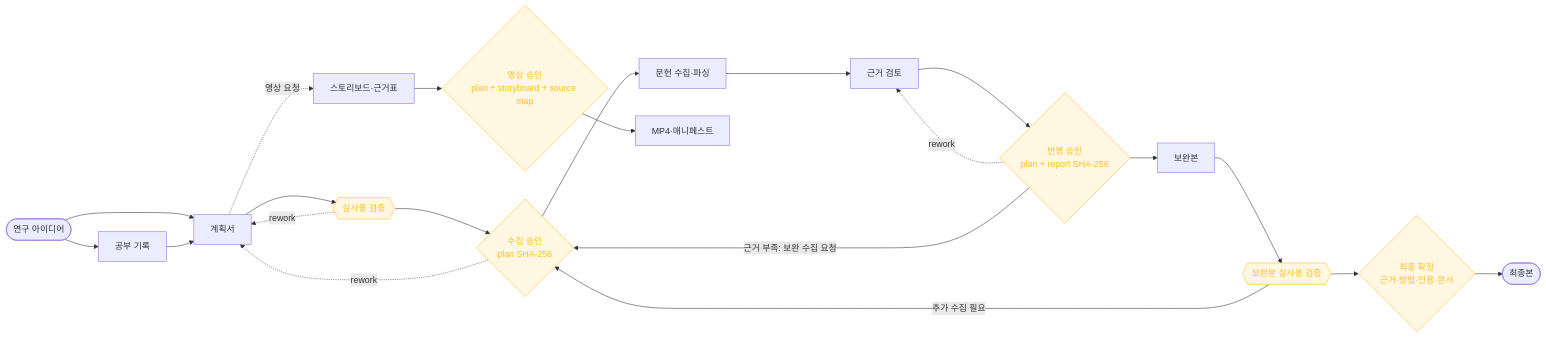
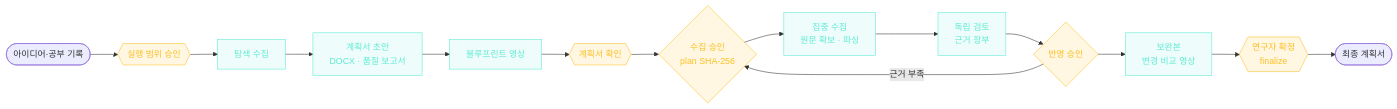
Before and after one commit to yangyeontae-blip/research-orchestrator-kit: the diagram in README.md, drawn with Mermaid. The commit also changed other lines of this file and 65 other files, not shown here.

````diff
--- a/README.md
+++ b/README.md
@@ -75,26 +59,21 @@
 ```mermaid
 flowchart LR
-    I([연구 아이디어]) --> S[공부 기록]
-    I --> P[계획서]
-    S --> P
-    P --> U{{실사용 검증}}
-    U --> G1{수집 승인<br/>plan SHA-256}
-    U -. rework .-> P
-    G1 -. rework .-> P
-    G1 --> L[문헌 수집·파싱]
-    L --> E[근거 검토]
-    E --> G2{반영 승인<br/>plan + report SHA-256}
-    G2 -. rework .-> E
-    G2 -- 근거 부족: 보완 수집 요청 --> G1
-    G2 --> R[보완본]
-    R --> U2{{보완본 실사용 검증}}
-    U2 --> G4{최종 확정<br/>근거·방법·인용·문서}
-    U2 -- 추가 수집 필요 --> G1
-    G4 --> F([최종본])
-    P -. 영상 요청 .-> V1[스토리보드·근거표]
-    V1 --> G3{영상 승인<br/>plan + storyboard + source map}
-    G3 --> V2[MP4·매니페스트]
+    A([아이디어·공부 기록]) --> S{{실행 범위 승인}}
+    S --> D[탐색 수집]
+    D --> P[계획서 초안<br/>DOCX · 품질 보고서]
+    P --> B[블루프린트 영상]
+    B --> U{{계획서 확인}}
+    U --> C{수집 승인<br/>plan SHA-256}
+    C --> L[집중 수집<br/>원문 확보 · 파싱]
+    L --> R[독립 검토<br/>근거 장부]
+    R --> V{반영 승인}
+    V -- 근거 부족 --> C
+    V --> X[보완본<br/>변경 비교 영상]
+    X --> F{{연구자 확정<br/>finalize}}
+    F --> Z([최종 계획서])
 
     classDef gate fill:#FBBF2422,stroke:#FBBF24,color:#FBBF24
-    class G1,G2,G3,G4,U,U2 gate
+    classDef run fill:#5EEAD41A,stroke:#5EEAD4,color:#5EEAD4
+    class S,U,C,V,F gate
+    class D,P,B,L,R,X run
 ```
````
